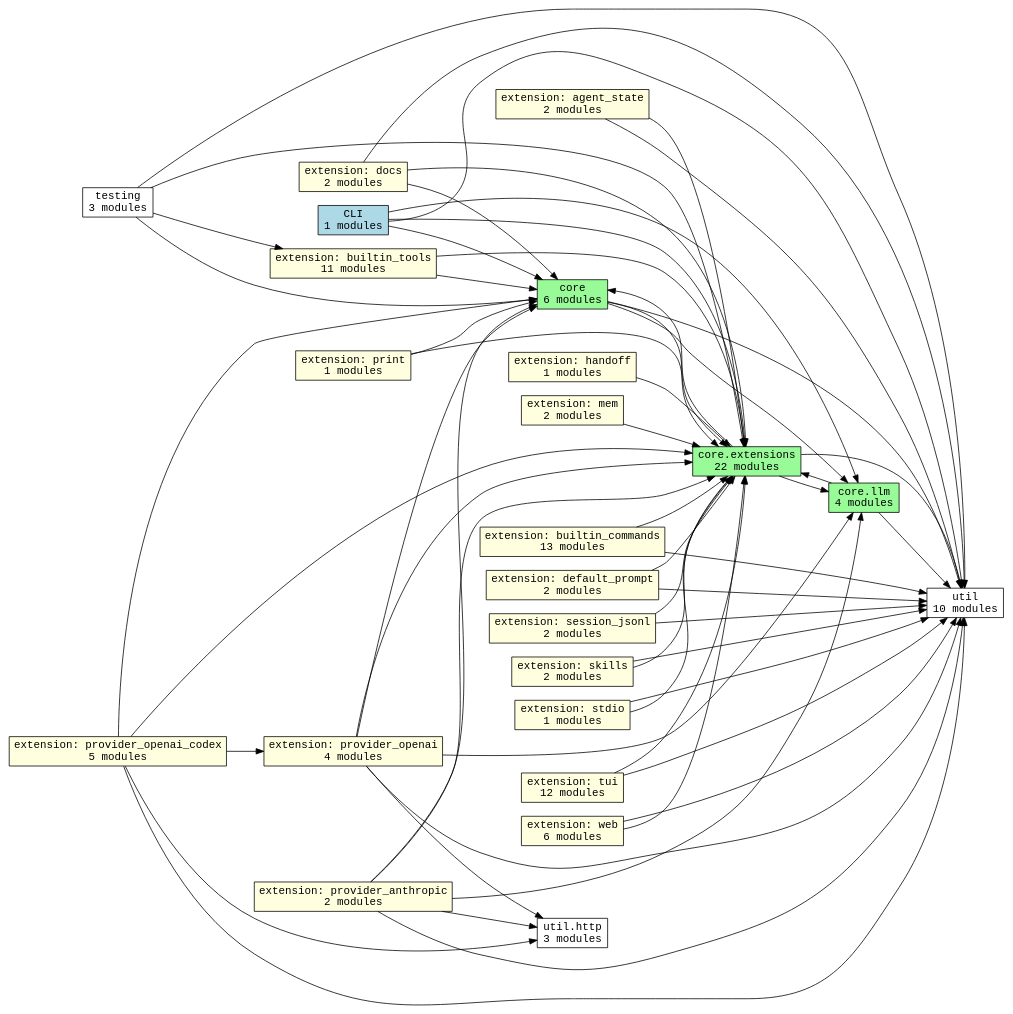
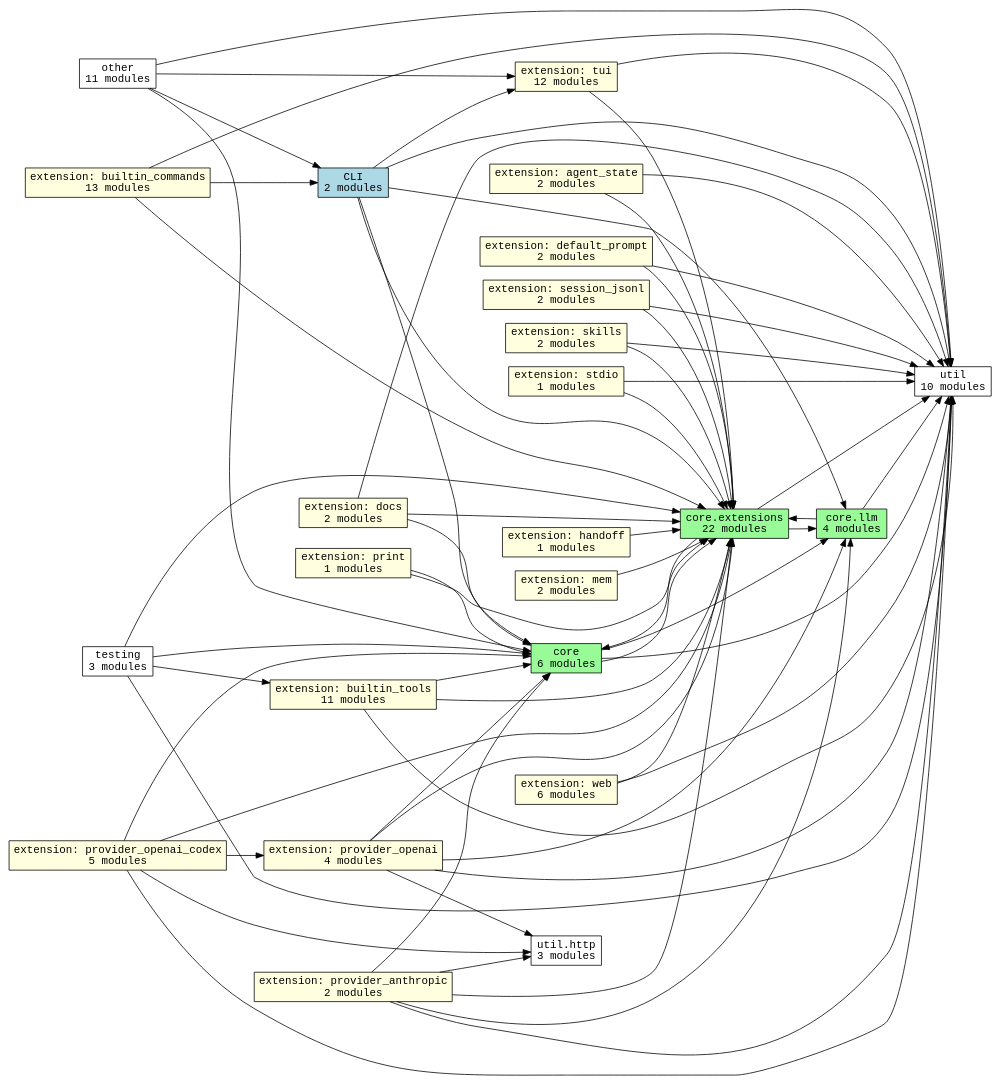
One commit to acmiyaguchi/fen changed the diagram in docs/generated/graphs/subsystems.dot. Above: the diagram before and after it, drawn with Graphviz. The commit also changed 7 other files, not shown here.

Commit message:
Include script and native graph edges

```diff
--- a/docs/generated/graphs/subsystems.dot
+++ b/docs/generated/graphs/subsystems.dot
@@ -1,84 +1,92 @@
 digraph fen_subsystems {
   graph [rankdir=LR];
   node [shape=box, fontname="monospace"];
   edge [fontname="monospace"];
-  "cli" [fillcolor="lightblue", label="CLI\n1 modules", style="filled"];
+  "cli" [fillcolor="lightblue", label="CLI\n2 modules", style="filled"];
   "core" [fillcolor="palegreen", label="core\n6 modules", style="filled"];
   "core.extensions" [fillcolor="palegreen", label="core.extensions\n22 modules", style="filled"];
   "core.llm" [fillcolor="palegreen", label="core.llm\n4 modules", style="filled"];
   "extension.agent_state" [fillcolor="lightyellow", label="extension: agent_state\n2 modules", style="filled"];
   "extension.builtin_commands" [fillcolor="lightyellow", label="extension: builtin_commands\n13 modules", style="filled"];
   "extension.builtin_tools" [fillcolor="lightyellow", label="extension: builtin_tools\n11 modules", style="filled"];
   "extension.default_prompt" [fillcolor="lightyellow", label="extension: default_prompt\n2 modules", style="filled"];
   "extension.docs" [fillcolor="lightyellow", label="extension: docs\n2 modules", style="filled"];
   "extension.handoff" [fillcolor="lightyellow", label="extension: handoff\n1 modules", style="filled"];
   "extension.mem" [fillcolor="lightyellow", label="extension: mem\n2 modules", style="filled"];
   "extension.print" [fillcolor="lightyellow", label="extension: print\n1 modules", style="filled"];
   "extension.provider_anthropic" [fillcolor="lightyellow", label="extension: provider_anthropic\n2 modules", style="filled"];
   "extension.provider_openai" [fillcolor="lightyellow", label="extension: provider_openai\n4 modules", style="filled"];
   "extension.provider_openai_codex" [fillcolor="lightyellow", label="extension: provider_openai_codex\n5 modules", style="filled"];
   "extension.session_jsonl" [fillcolor="lightyellow", label="extension: session_jsonl\n2 modules", style="filled"];
   "extension.skills" [fillcolor="lightyellow", label="extension: skills\n2 modules", style="filled"];
   "extension.stdio" [fillcolor="lightyellow", label="extension: stdio\n1 modules", style="filled"];
   "extension.tui" [fillcolor="lightyellow", label="extension: tui\n12 modules", style="filled"];
   "extension.web" [fillcolor="lightyellow", label="extension: web\n6 modules", style="filled"];
+  "other" [fillcolor="white", label="other\n11 modules", style="filled"];
   "testing" [fillcolor="white", label="testing\n3 modules", style="filled"];
   "util" [fillcolor="white", label="util\n10 modules", style="filled"];
   "util.http" [fillcolor="white", label="util.http\n3 modules", style="filled"];
   "cli" -> "core";
   "cli" -> "core.extensions";
   "cli" -> "core.llm";
+  "cli" -> "extension.tui";
   "cli" -> "util";
   "core" -> "core.extensions";
   "core" -> "core.llm";
   "core" -> "util";
   "core.extensions" -> "core";
   "core.extensions" -> "core.llm";
   "core.extensions" -> "util";
   "core.llm" -> "core.extensions";
   "core.llm" -> "util";
   "extension.agent_state" -> "core.extensions";
   "extension.agent_state" -> "util";
+  "extension.builtin_commands" -> "cli";
   "extension.builtin_commands" -> "core.extensions";
   "extension.builtin_commands" -> "util";
   "extension.builtin_tools" -> "core";
   "extension.builtin_tools" -> "core.extensions";
+  "extension.builtin_tools" -> "util";
   "extension.default_prompt" -> "core.extensions";
   "extension.default_prompt" -> "util";
   "extension.docs" -> "core";
   "extension.docs" -> "core.extensions";
   "extension.docs" -> "util";
   "extension.handoff" -> "core.extensions";
   "extension.mem" -> "core.extensions";
   "extension.print" -> "core";
   "extension.print" -> "core.extensions";
   "extension.provider_anthropic" -> "core";
   "extension.provider_anthropic" -> "core.extensions";
   "extension.provider_anthropic" -> "core.llm";
   "extension.provider_anthropic" -> "util";
   "extension.provider_anthropic" -> "util.http";
   "extension.provider_openai" -> "core";
   "extension.provider_openai" -> "core.extensions";
   "extension.provider_openai" -> "core.llm";
   "extension.provider_openai" -> "util";
   "extension.provider_openai" -> "util.http";
   "extension.provider_openai_codex" -> "core";
   "extension.provider_openai_codex" -> "core.extensions";
   "extension.provider_openai_codex" -> "extension.provider_openai";
   "extension.provider_openai_codex" -> "util";
   "extension.provider_openai_codex" -> "util.http";
   "extension.session_jsonl" -> "core.extensions";
   "extension.session_jsonl" -> "util";
   "extension.skills" -> "core.extensions";
   "extension.skills" -> "util";
   "extension.stdio" -> "core.extensions";
   "extension.stdio" -> "util";
   "extension.tui" -> "core.extensions";
   "extension.tui" -> "util";
   "extension.web" -> "core.extensions";
   "extension.web" -> "util";
+  "other" -> "cli";
+  "other" -> "core";
+  "other" -> "extension.tui";
+  "other" -> "util";
   "testing" -> "core";
   "testing" -> "core.extensions";
   "testing" -> "extension.builtin_tools";
   "testing" -> "util";
 }
```
